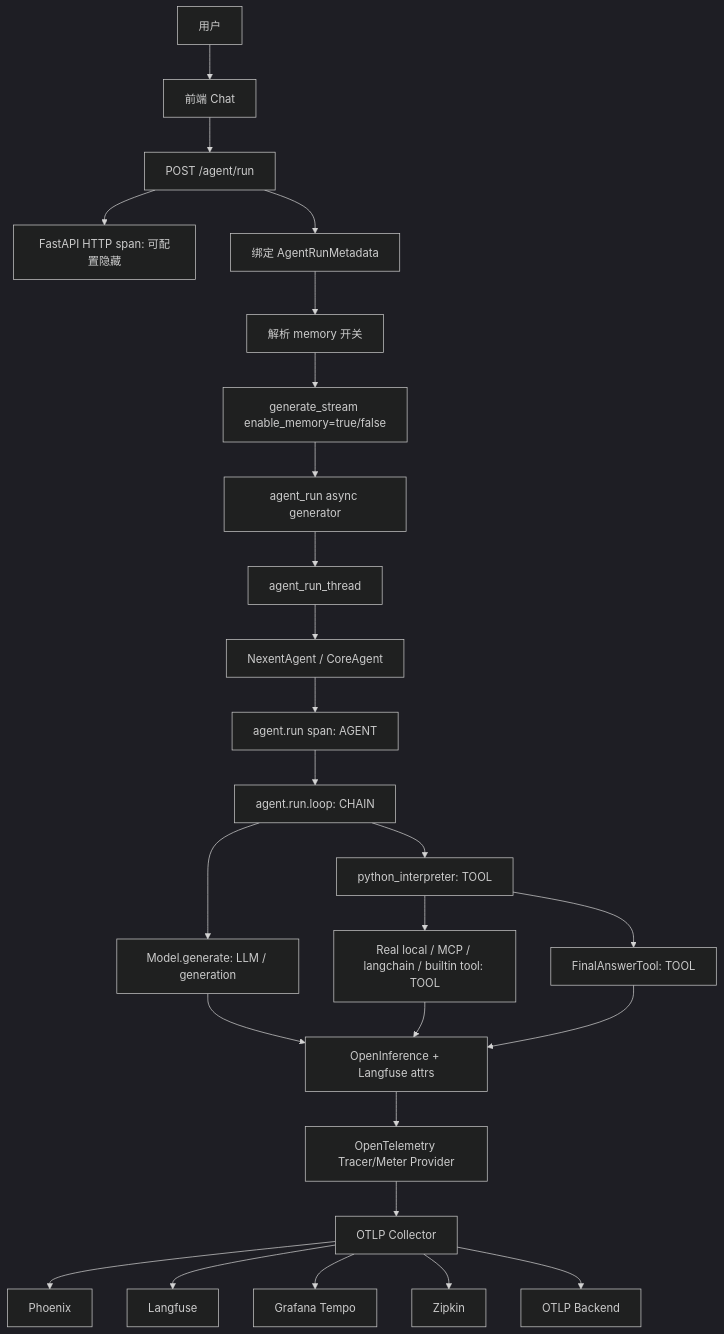
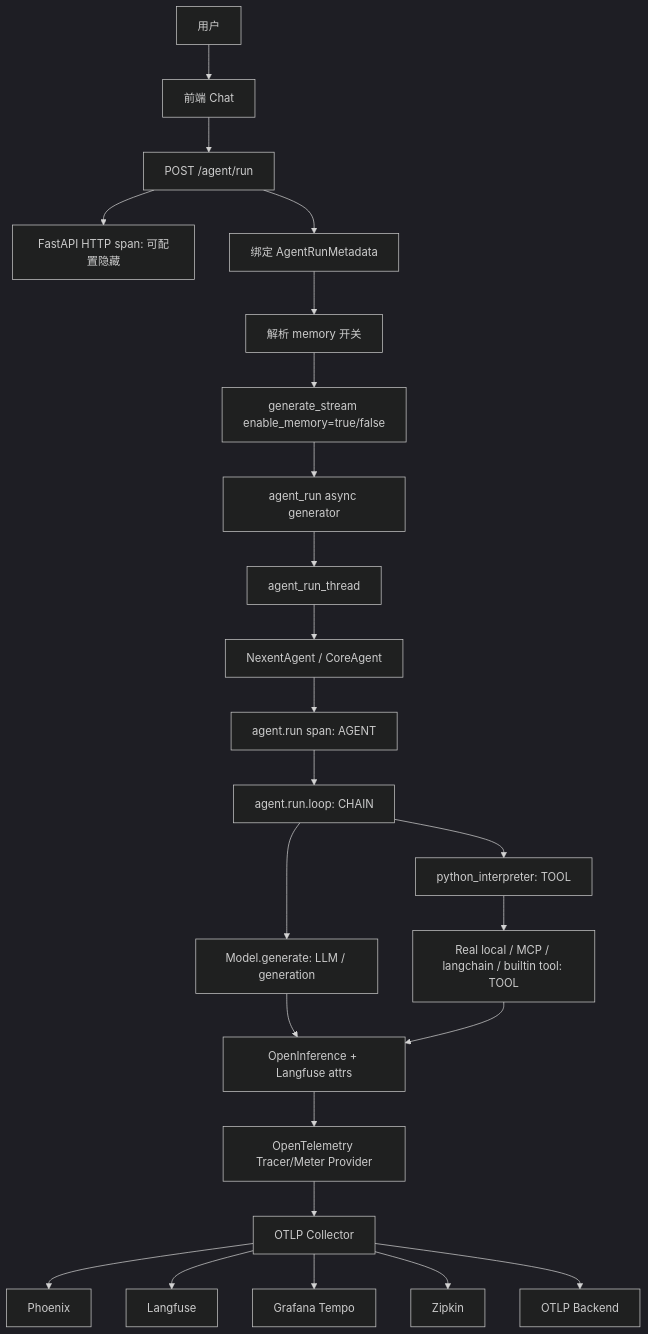
Before and after one commit to ModelEngine-Group/nexent: the third of 4 diagrams in doc/docs/zh/sdk/opentelemetry-design.md, drawn with Mermaid (dark theme). The commit also changed other lines of this file and 325 other files, not shown here.

````diff
--- a/doc/docs/zh/sdk/opentelemetry-design.md
+++ b/doc/docs/zh/sdk/opentelemetry-design.md
@@ -518,28 +517,26 @@
 ```mermaid
 flowchart TD
   U[用户] --> FE[前端 Chat]
   FE --> API[POST /agent/run]
   API --> HTTP[FastAPI HTTP span: 可配置隐藏]
   API --> Bind[绑定 AgentRunMetadata]
   Bind --> Mem[解析 memory 开关]
   Mem --> GS[generate_stream enable_memory=true/false]
   GS --> AR[agent_run async generator]
   AR --> Thread[agent_run_thread]
   Thread --> NX[NexentAgent / CoreAgent]
   NX --> A0[agent.run span: AGENT]
   A0 --> Step[agent.run.loop: CHAIN]
   Step --> LLM[Model.generate: LLM / generation]
   Step --> PY[python_interpreter: TOOL]
   PY --> Tool[Real local / MCP / langchain / builtin tool: TOOL]
-  PY --> Final[FinalAnswerTool: TOOL]
   LLM --> Attr1[OpenInference + Langfuse attrs]
   Tool --> Attr1
-  Final --> Attr1
   Attr1 --> OTel[OpenTelemetry Tracer/Meter Provider]
   OTel --> Collector[OTLP Collector]
   Collector --> Phoenix[Phoenix]
   Collector --> Langfuse[Langfuse]
   Collector --> Tempo[Grafana Tempo]
   Collector --> Zipkin[Zipkin]
   Collector --> Other[OTLP Backend]
 ```
````
